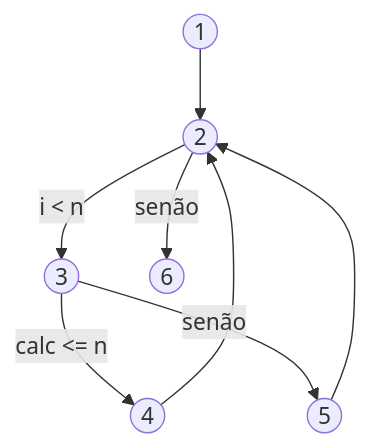
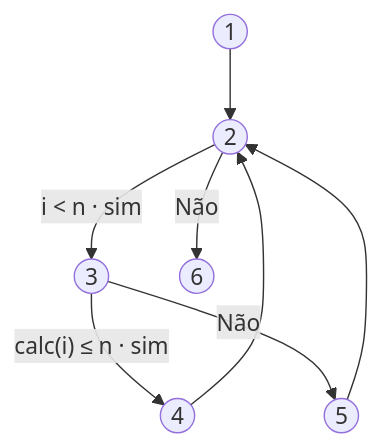
Before and after one commit to pedrotescaro/Stacklyst: the diagram in content/enade/testes/complexidade-ciclomatica.md, drawn with Mermaid. The commit also changed other lines of this file and 84 other files, not shown here.

Commit message:
feat(enade): redraw study library diagrams

````diff
--- a/content/enade/testes/complexidade-ciclomatica.md
+++ b/content/enade/testes/complexidade-ciclomatica.md
@@ -91,10 +95,10 @@
-```mermaid Grafo de fluxo do exemplo (nós de decisão: 2 e 3)
+```mermaid Grafo de fluxo para caminhos básicos
 flowchart TD
   N1((1)) --> N2((2))
-  N2 -->|i < n| N3((3))
-  N2 -->|senão| N6((6))
-  N3 -->|calc <= n| N4((4))
-  N3 -->|senão| N5((5))
+  N2 -->|"i &lt; n · sim"| N3((3))
+  N2 -->|Não| N6((6))
+  N3 -->|"calc(i) ≤ n · sim"| N4((4))
+  N3 -->|Não| N5((5))
   N4 --> N2
   N5 --> N2
 ```
````
